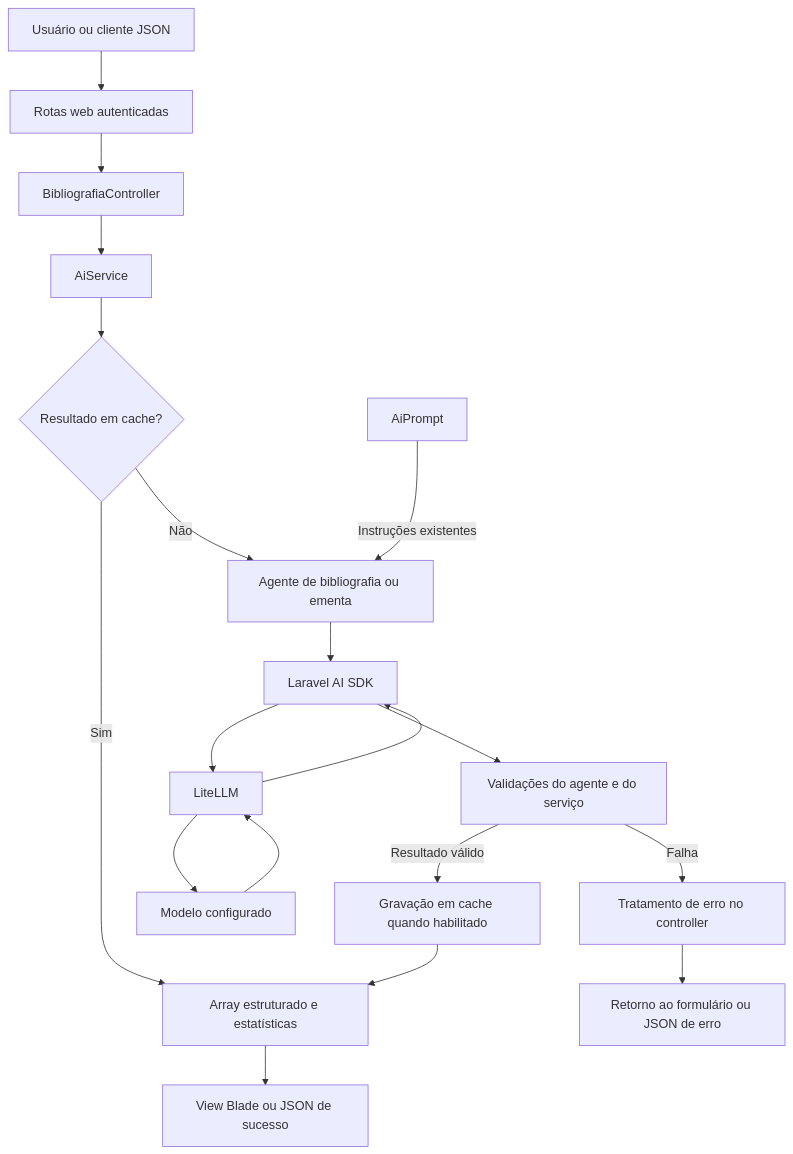
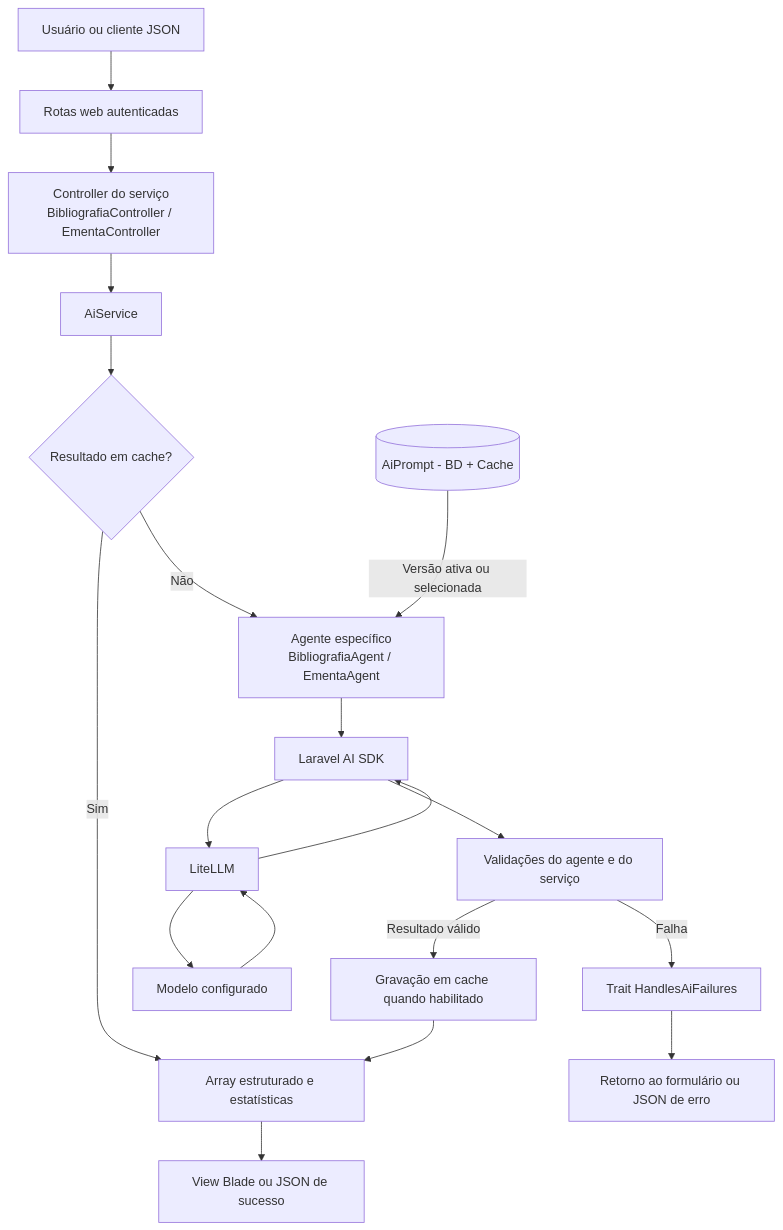
Before and after one commit to uspdev/ai-services: the first of 2 diagrams in docs/implementacao-laravel-ai-sdk.md, drawn with Mermaid. The commit also changed other lines of this file and 3 other files, not shown here.

Commit message:
docs: separa documentação em arquitetura geral, bibliografia e ementa

````diff
--- a/docs/implementacao-laravel-ai-sdk.md
+++ b/docs/implementacao-laravel-ai-sdk.md
@@ -31,21 +33,21 @@
 ```mermaid
 flowchart TD
     U[Usuário ou cliente JSON] --> R[Rotas web autenticadas]
-    R --> C[BibliografiaController]
+    R --> C[Controller do serviço<br/>BibliografiaController / EmentaController]
     C --> S[AiService]
     S --> K{Resultado em cache?}
     K -->|Sim| D[Array estruturado e estatísticas]
-    K -->|Não| A[Agente de bibliografia ou ementa]
-    P[AiPrompt] -->|Instruções existentes| A
+    K -->|Não| A[Agente específico<br/>BibliografiaAgent / EmentaAgent]
+    P[(AiPrompt - BD + Cache)] -->|Versão ativa ou selecionada| A
     A --> SDK[Laravel AI SDK]
     SDK --> L[LiteLLM]
     L --> M[Modelo configurado]
     M --> L
     L --> SDK
     SDK --> V[Validações do agente e do serviço]
     V -->|Resultado válido| W[Gravação em cache quando habilitado]
     W --> D
-    V -->|Falha| E[Tratamento de erro no controller]
+    V -->|Falha| E[Trait HandlesAiFailures]
     D --> O[View Blade ou JSON de sucesso]
     E --> F[Retorno ao formulário ou JSON de erro]
 ```
````
